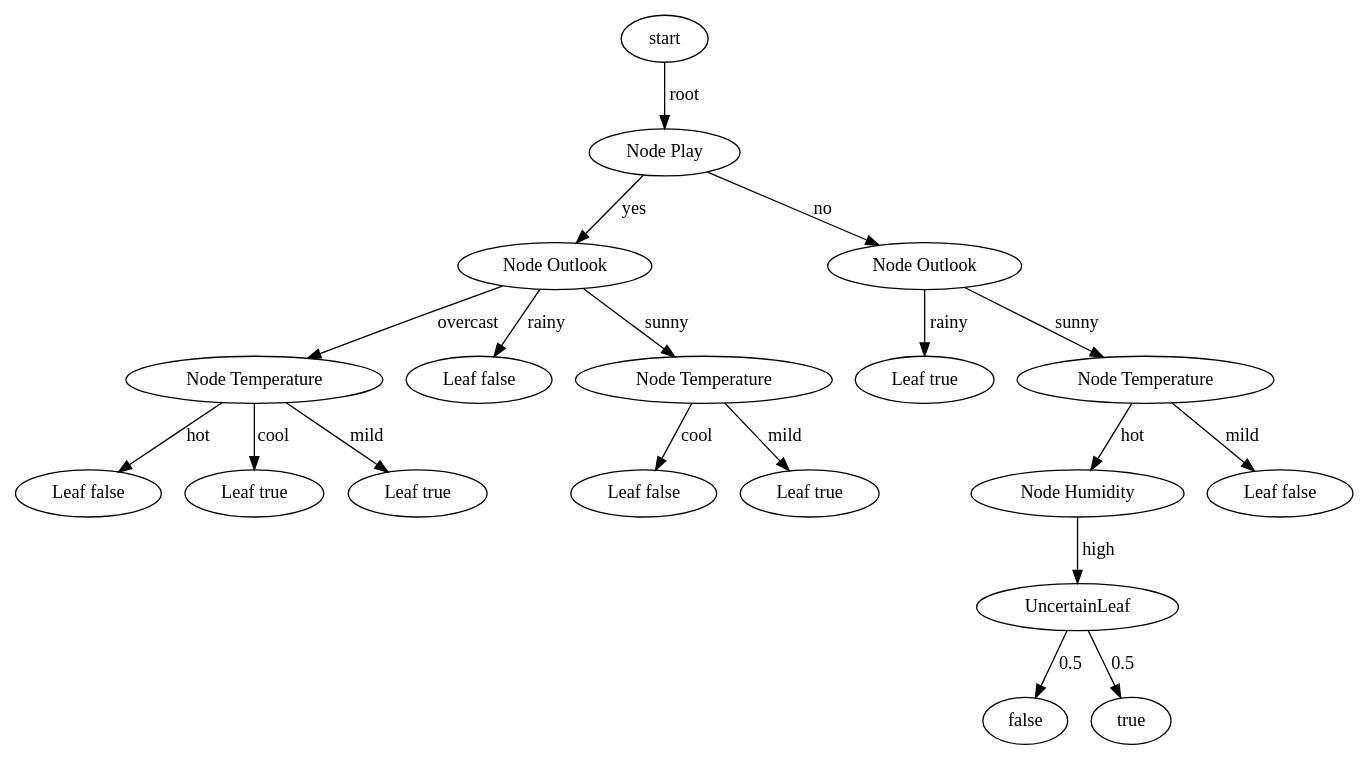
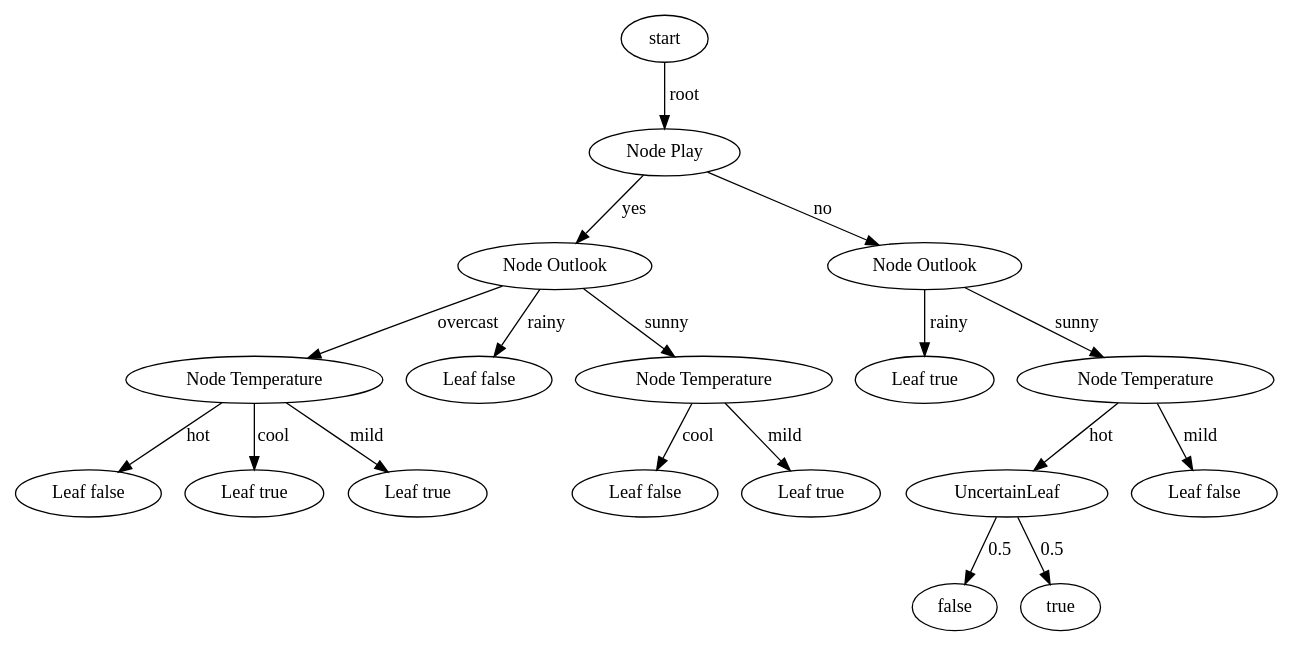
Before and after one commit to JorenVdV/Functional-Programming-Project: the diagram in weather.dot, drawn with Graphviz. The commit also changed 3 other files, not shown here.

```diff
--- a/weather.dot
+++ b/weather.dot
@@ -1,38 +1,36 @@
 digraph id3Tree{
 	start -> 	startroot [label="root"];
 	startroot [label="Node Play"];
 	startroot -> 	startrootyes [label="yes"];
 	startrootyes [label="Node Outlook"];
 	startrootyes -> 	startrootyesovercast [label="overcast"];
 	startrootyesovercast [label="Node Temperature"];
 	startrootyesovercast -> 	startrootyesovercasthot[label="hot"];
 	startrootyesovercasthot[label="Leaf false"];
 	startrootyesovercast -> 	startrootyesovercastcool[label="cool"];
 	startrootyesovercastcool[label="Leaf true"];
 	startrootyesovercast -> 	startrootyesovercastmild[label="mild"];
 	startrootyesovercastmild[label="Leaf true"];
 	startrootyes -> 	startrootyesrainy[label="rainy"];
 	startrootyesrainy[label="Leaf false"];
 	startrootyes -> 	startrootyessunny [label="sunny"];
 	startrootyessunny [label="Node Temperature"];
 	startrootyessunny -> 	startrootyessunnycool[label="cool"];
 	startrootyessunnycool[label="Leaf false"];
 	startrootyessunny -> 	startrootyessunnymild[label="mild"];
 	startrootyessunnymild[label="Leaf true"];
 	startroot -> 	startrootno [label="no"];
 	startrootno [label="Node Outlook"];
 	startrootno -> 	startrootnorainy[label="rainy"];
 	startrootnorainy[label="Leaf true"];
 	startrootno -> 	startrootnosunny [label="sunny"];
 	startrootnosunny [label="Node Temperature"];
-	startrootnosunny -> 	startrootnosunnyhot [label="hot"];
-	startrootnosunnyhot [label="Node Humidity"];
-	startrootnosunnyhot -> 	startrootnosunnyhothigh[label=high];
-	startrootnosunnyhothigh[label="UncertainLeaf"];
-	startrootnosunnyhothigh -> 	startrootnosunnyhothighfalse [label=0.5];
-	startrootnosunnyhothighfalse [label="false"];
-	startrootnosunnyhothigh -> 	startrootnosunnyhothightrue [label=0.5];
-	startrootnosunnyhothightrue [label="true"];
+	startrootnosunny -> 	startrootnosunnyhot[label=hot];
+	startrootnosunnyhot[label="UncertainLeaf"];
+	startrootnosunnyhot -> 	startrootnosunnyhotfalse [label=0.5];
+	startrootnosunnyhotfalse [label="false"];
+	startrootnosunnyhot -> 	startrootnosunnyhottrue [label=0.5];
+	startrootnosunnyhottrue [label="true"];
 	startrootnosunny -> 	startrootnosunnymild[label="mild"];
 	startrootnosunnymild[label="Leaf false"];
 }
```
